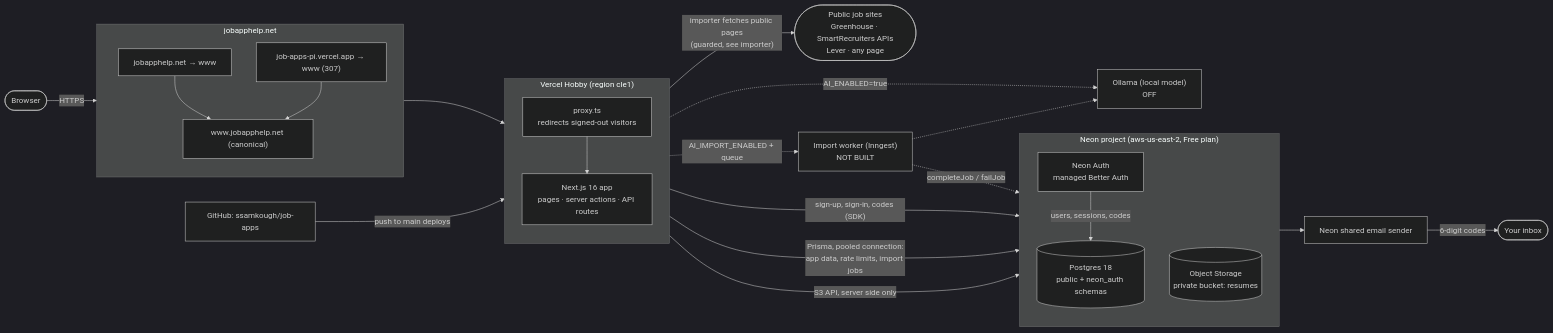
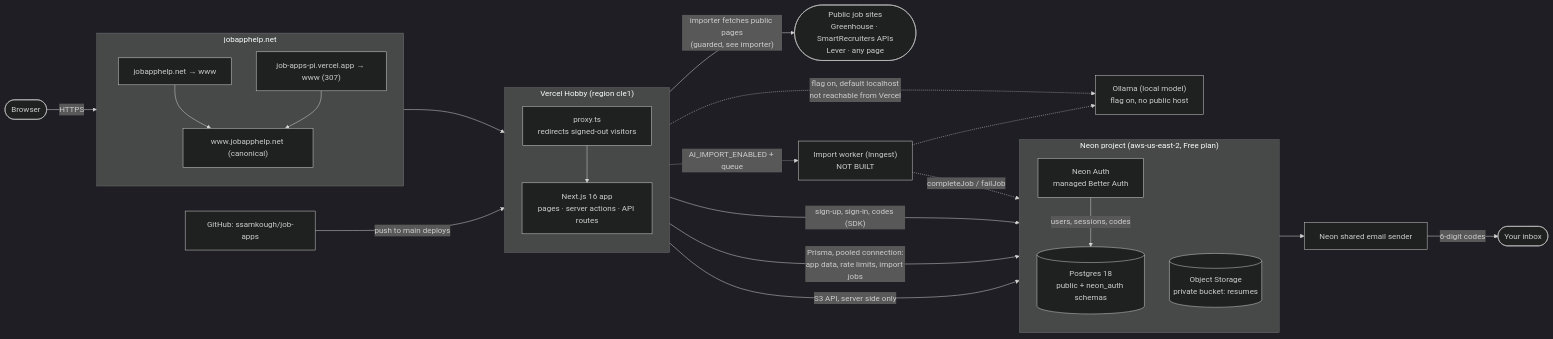
The first of 4 diagrams in docs/import-architecture.md (ssamkough/job-apps), drawn with Mermaid (dark theme) before and after one commit. The commit also changed other lines of this file and 2 other files, not shown here.

Commit message:
Record that production AI is on and still has no Ollama host.
The buttons are visible, and a draft fails until a reachable host is configured.

````diff
--- a/docs/import-architecture.md
+++ b/docs/import-architecture.md
@@ -17,48 +17,48 @@
 ```mermaid
 flowchart LR
     user(["Browser"])
     inbox(["Your inbox"])
     boards(["Public job sites<br/>Greenhouse · SmartRecruiters APIs<br/>Lever · any page"])
 
     subgraph dns["jobapphelp.net"]
         direction TB
         www["www.jobapphelp.net (canonical)"]
         apex["jobapphelp.net → www"]
         legacy["job-apps-pi.vercel.app → www (307)"]
     end
 
     subgraph vercel["Vercel Hobby (region cle1)"]
         direction TB
         proxy["proxy.ts<br/>redirects signed-out visitors"]
         app["Next.js 16 app<br/>pages · server actions · API routes"]
         proxy --> app
     end
 
     subgraph neon["Neon project (aws-us-east-2, Free plan)"]
         direction TB
         auth["Neon Auth<br/>managed Better Auth"]
         pg[("Postgres 18<br/>public + neon_auth schemas")]
         s3[("Object Storage<br/>private bucket: resumes")]
         auth -- "users, sessions, codes" --> pg
     end
 
     mail["Neon shared email sender"]
     gh["GitHub: ssamkough/job-apps"]
-    ollama["Ollama (local model)<br/>OFF"]
+    ollama["Ollama (local model)<br/>flag on, no public host"]
     worker["Import worker (Inngest)<br/>NOT BUILT"]
 
     user -- "HTTPS" --> www
     apex --> www
     legacy --> www
     www --> proxy
     app -- "sign-up, sign-in, codes (SDK)" --> auth
     app -- "Prisma, pooled connection:<br/>app data, rate limits, import jobs" --> pg
     app -- "S3 API, server side only" --> s3
     app -- "importer fetches public pages<br/>(guarded, see importer)" --> boards
-    app -. "AI_ENABLED=true" .-> ollama
+    app -. "flag on, default localhost<br/>not reachable from Vercel" .-> ollama
     app -. "AI_IMPORT_ENABLED + queue" .-> worker
     worker -.-> ollama
     worker -. "completeJob / failJob" .-> pg
     auth --> mail -- "6-digit codes" --> inbox
     gh -- "push to main deploys" --> vercel
 ```
````
